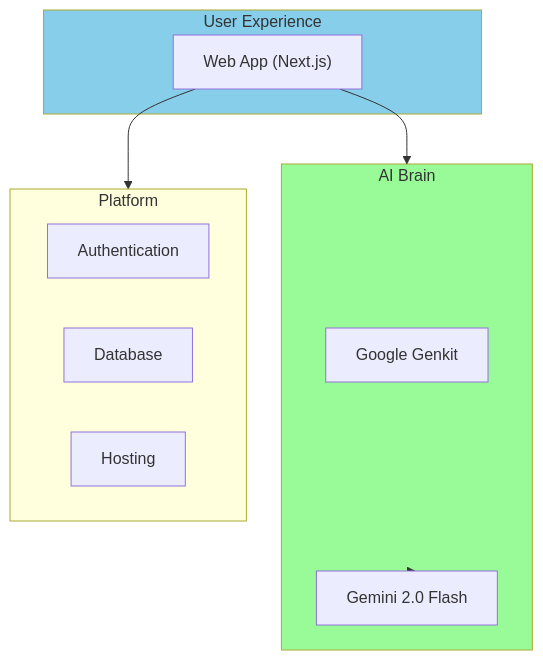
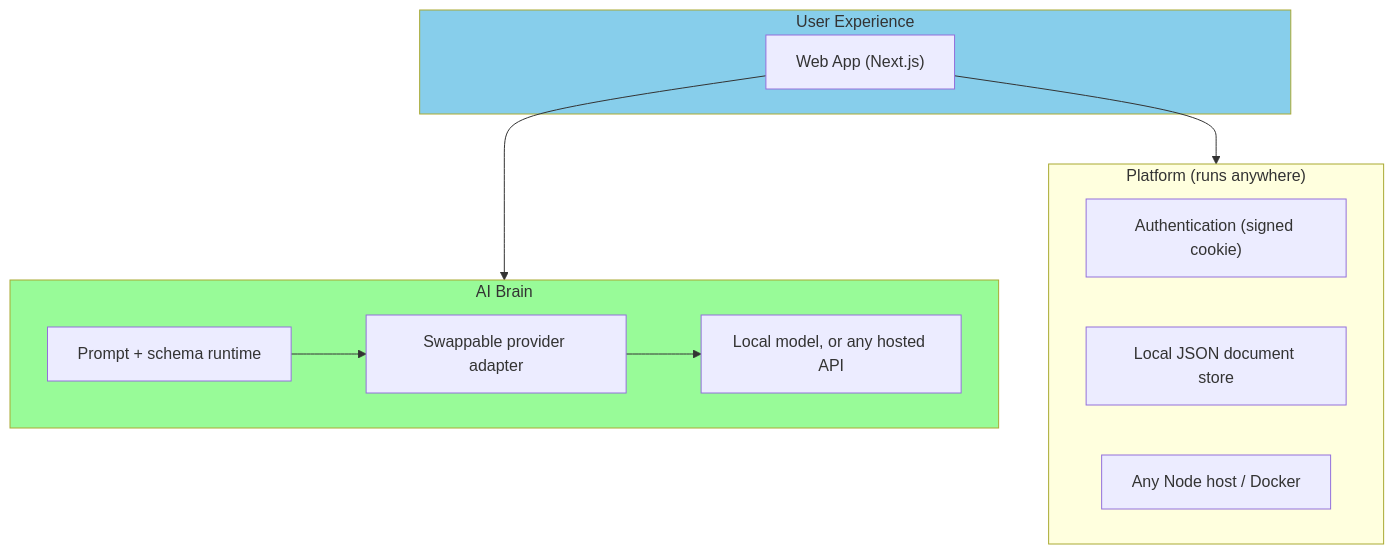
The ninth of 11 diagrams in docs/presentation/README.md (knotking/healthgeek), drawn with Mermaid before and after one commit. The commit also changed other lines of this file and 67 other files, not shown here.

````diff
--- a/docs/presentation/README.md
+++ b/docs/presentation/README.md
@@ -241,24 +241,26 @@
 ```mermaid
 graph TB
     subgraph UserFacing ["User Experience"]
         Web["Web App (Next.js)"]
     end
 
     subgraph Intelligence ["AI Brain"]
-        Genkit["Google Genkit"]
-        Gemini["Gemini 2.0 Flash"]
+        Core["Prompt + schema runtime"]
+        Providers["Swappable provider adapter"]
+        Model["Local model, or any hosted API"]
     end
 
-    subgraph Platform ["Platform"]
-        Auth["Authentication"]
-        DB["Database"]
-        Host["Hosting"]
+    subgraph Platform ["Platform (runs anywhere)"]
+        Auth["Authentication (signed cookie)"]
+        DB["Local JSON document store"]
+        Host["Any Node host / Docker"]
     end
 
     Web --> Intelligence
     Web --> Platform
-    Intelligence --> Gemini
+    Core --> Providers
+    Providers --> Model
 
     style Intelligence fill:#98FB98
     style UserFacing fill:#87CEEB
 ```
````
